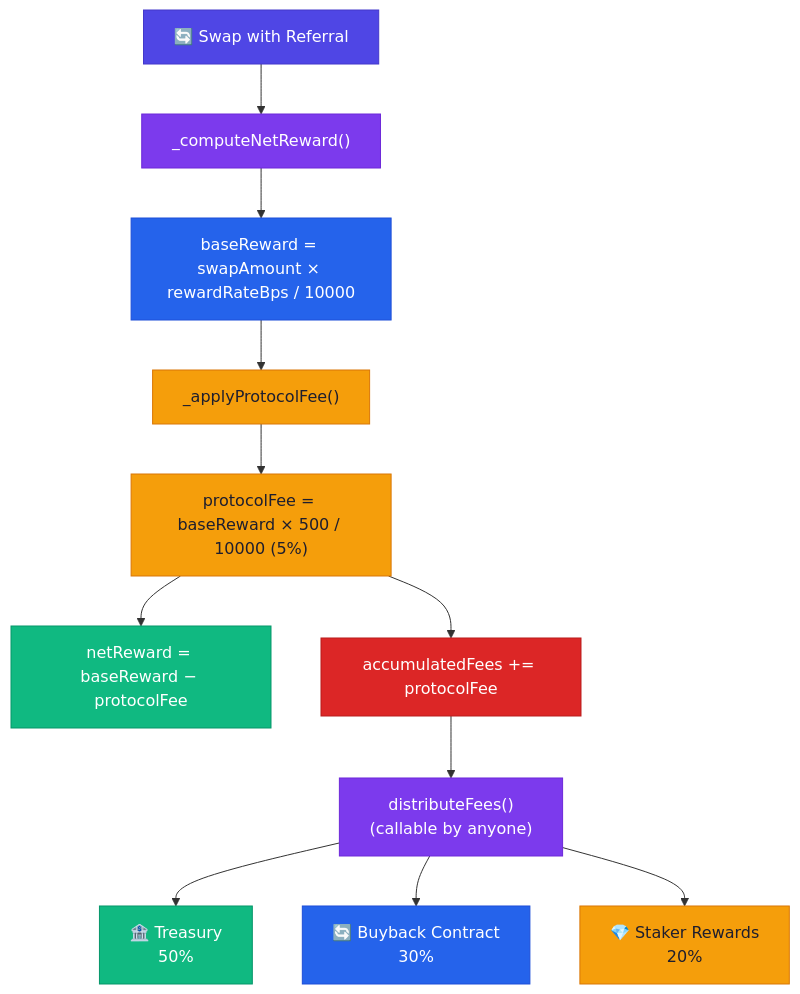
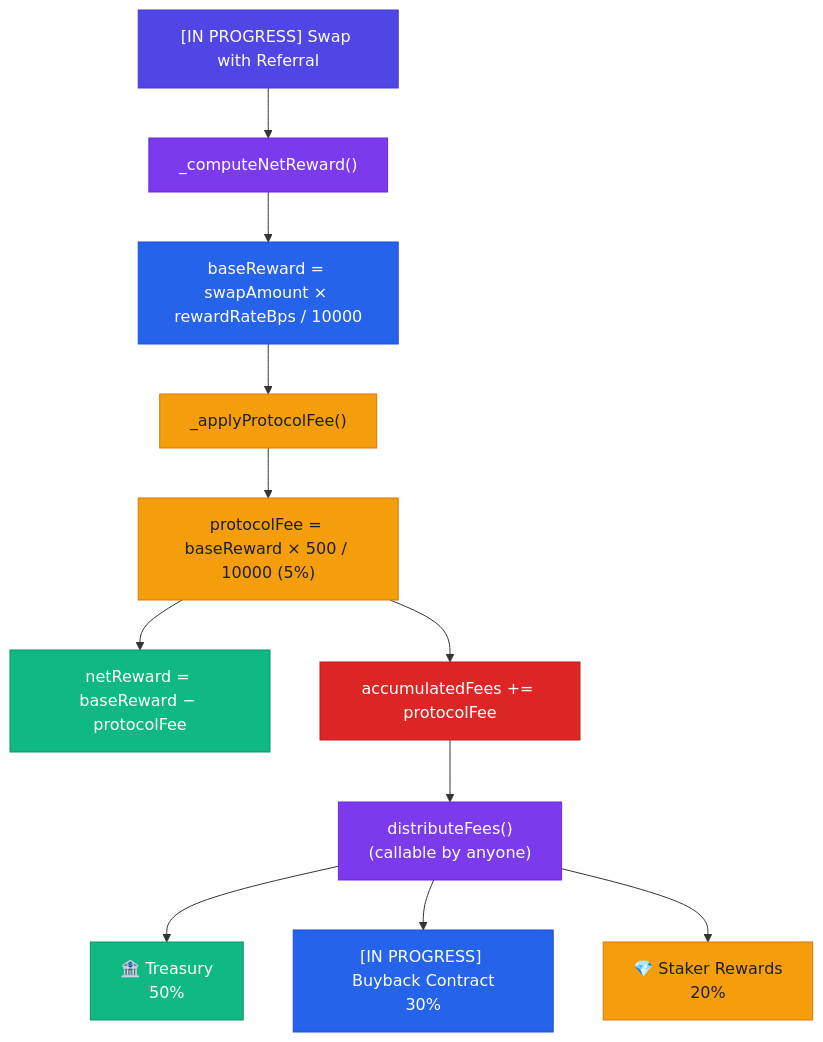
One commit to guglxni/the-fixer-hook changed diagram 12 of 12 in docs/SYSTEM_DESIGN.md. Above: the diagram before and after it, drawn with Mermaid. The commit also changed other lines of this file and 15 other files, not shown here.

````diff
--- a/docs/SYSTEM_DESIGN.md
+++ b/docs/SYSTEM_DESIGN.md
@@ -578,25 +578,25 @@
 ```mermaid
 flowchart TD
-    Swap["🔄 Swap with Referral"] --> Compute["_computeNetReward()"]
+    Swap["[IN PROGRESS] Swap with Referral"] --> Compute["_computeNetReward()"]
     Compute --> Base["baseReward = swapAmount × rewardRateBps / 10000"]
     Base --> Fee["_applyProtocolFee()"]
     Fee --> CalcFee["protocolFee = baseReward × 500 / 10000 (5%)"]
     CalcFee --> Net["netReward = baseReward − protocolFee"]
     CalcFee --> Accum["accumulatedFees += protocolFee"]
     Accum --> Dist["distributeFees()\n(callable by anyone)"]
     Dist --> Treasury["🏦 Treasury\n50%"]
-    Dist --> Buyback["🔄 Buyback Contract\n30%"]
+    Dist --> Buyback["[IN PROGRESS] Buyback Contract\n30%"]
     Dist --> Stakers["💎 Staker Rewards\n20%"]
 
     style Swap fill:#4F46E5,color:#FFFFFF,stroke:#4338CA
     style Compute fill:#7C3AED,color:#FFFFFF,stroke:#6D28D9
     style Base fill:#2563EB,color:#FFFFFF,stroke:#1D4ED8
     style Fee fill:#F59E0B,color:#1E1E2E,stroke:#D97706
     style CalcFee fill:#F59E0B,color:#1E1E2E,stroke:#D97706
     style Net fill:#10B981,color:#FFFFFF,stroke:#059669
     style Accum fill:#DC2626,color:#FFFFFF,stroke:#B91C1C
     style Dist fill:#7C3AED,color:#FFFFFF,stroke:#6D28D9
     style Treasury fill:#10B981,color:#FFFFFF,stroke:#059669
     style Buyback fill:#2563EB,color:#FFFFFF,stroke:#1D4ED8
     style Stakers fill:#F59E0B,color:#1E1E2E,stroke:#D97706
 ```
````
